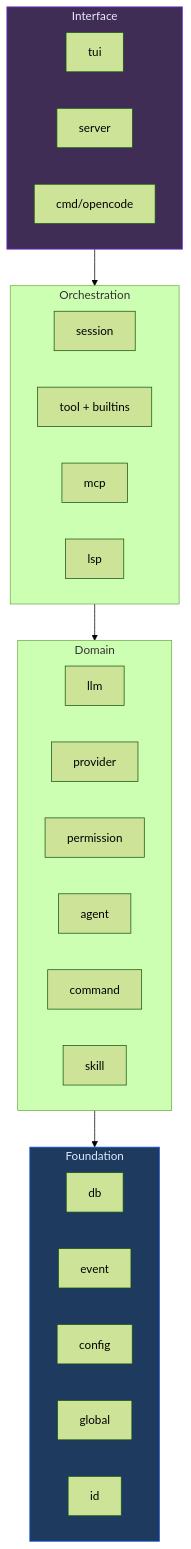
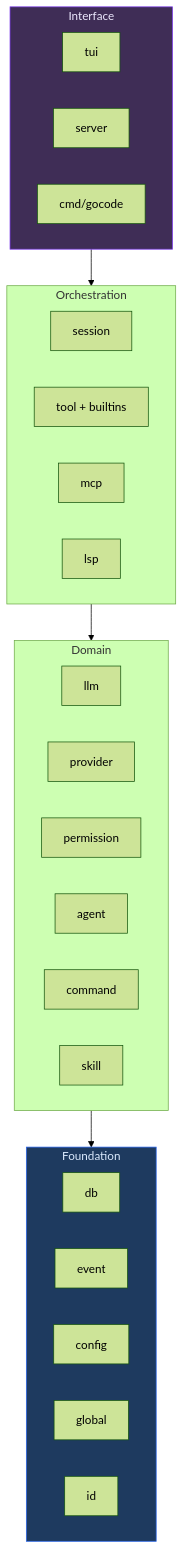
The third of 4 diagrams in documentation/01-architecture.md (langazov/gocode), drawn with Mermaid (forest theme) before and after one commit. The commit also changed other lines of this file and 269 other files, not shown here.

````diff
--- a/documentation/01-architecture.md
+++ b/documentation/01-architecture.md
@@ -85,34 +85,34 @@
 ```mermaid
 flowchart TD
   subgraph L4["Interface"]
     tui["tui"]
     server["server"]
-    cmd["cmd/opencode"]
+    cmd["cmd/gocode"]
   end
   subgraph L3["Orchestration"]
     session["session"]
     tool["tool + builtins"]
     mcp["mcp"]
     lsp["lsp"]
   end
   subgraph L2["Domain"]
     llm["llm"]
     provider["provider"]
     permission["permission"]
     agent["agent"]
     command["command"]
     skill["skill"]
   end
   subgraph L1["Foundation"]
     db["db"]
     event["event"]
     config["config"]
     global["global"]
     id["id"]
   end
 
   L4 --> L3 --> L2 --> L1
 
   style L1 fill:#1e3a5f,stroke:#2563eb,color:#dbeafe
   style L4 fill:#3f2d56,stroke:#7c3aed,color:#ede9fe
 ```
````
